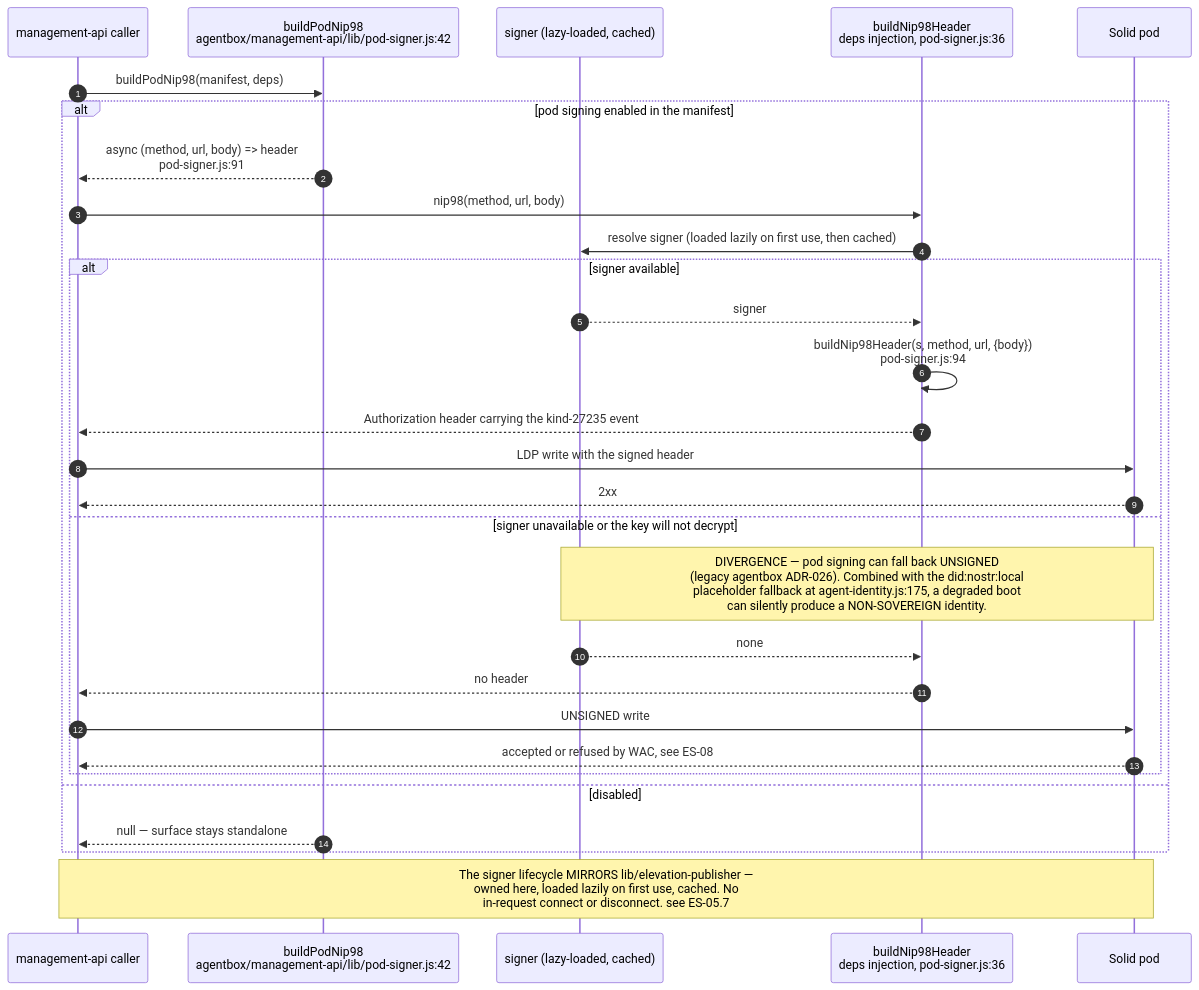
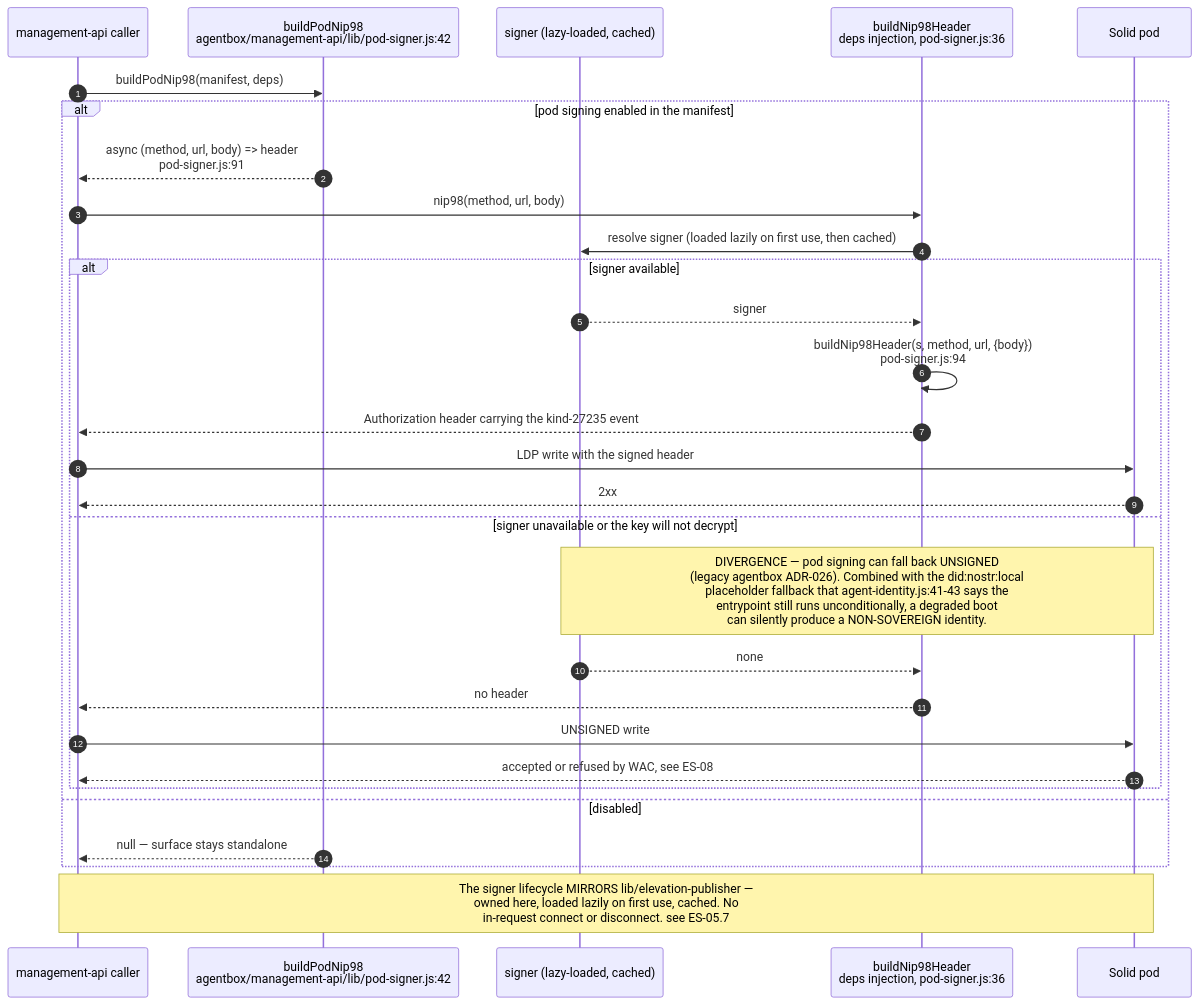
Before and after one commit to DreamLab-AI/VisionFlow: the third of 6 diagrams in docs/diagrams/estate/04-identity-mesh-did-nostr.md, drawn with Mermaid. The commit also changed other lines of this file and 94 other files, not shown here.

First line of the commit message:
docs(diagrams): re-verify 130 topics against 2 October HEADs

````diff
--- a/docs/diagrams/estate/04-identity-mesh-did-nostr.md
+++ b/docs/diagrams/estate/04-identity-mesh-did-nostr.md
@@ -136,32 +136,32 @@
 ```mermaid
 sequenceDiagram
     autonumber
     participant CALLER as management-api caller
     participant B as buildPodNip98<br/>agentbox/management-api/lib/pod-signer.js:42
     participant S as signer (lazy-loaded, cached)
     participant H as buildNip98Header<br/>deps injection, pod-signer.js:36
     participant POD as Solid pod
 
     CALLER->>B: buildPodNip98(manifest, deps)
     alt pod signing enabled in the manifest
         B-->>CALLER: async (method, url, body) => header<br/>pod-signer.js:91
         CALLER->>H: nip98(method, url, body)
         H->>S: resolve signer (loaded lazily on first use, then cached)
         alt signer available
             S-->>H: signer
             H->>H: buildNip98Header(s, method, url, {body})<br/>pod-signer.js:94
             H-->>CALLER: Authorization header carrying the kind-27235 event
             CALLER->>POD: LDP write with the signed header
             POD-->>CALLER: 2xx
         else signer unavailable or the key will not decrypt
-            Note over S,POD: DIVERGENCE — pod signing can fall back UNSIGNED<br/>(legacy agentbox ADR-026). Combined with the did:nostr:local<br/>placeholder fallback at agent-identity.js:175, a degraded boot<br/>can silently produce a NON-SOVEREIGN identity.
+            Note over S,POD: DIVERGENCE — pod signing can fall back UNSIGNED<br/>(legacy agentbox ADR-026). Combined with the did:nostr:local<br/>placeholder fallback that agent-identity.js:41-43 says the<br/>entrypoint still runs unconditionally, a degraded boot<br/>can silently produce a NON-SOVEREIGN identity.
             S-->>H: none
             H-->>CALLER: no header
             CALLER->>POD: UNSIGNED write
             POD-->>CALLER: accepted or refused by WAC, see ES-08
         end
     else disabled
         B-->>CALLER: null — surface stays standalone
     end
     Note over CALLER,POD: The signer lifecycle MIRRORS lib/elevation-publisher —<br/>owned here, loaded lazily on first use, cached. No<br/>in-request connect or disconnect. see ES-05.7
 ```
````
